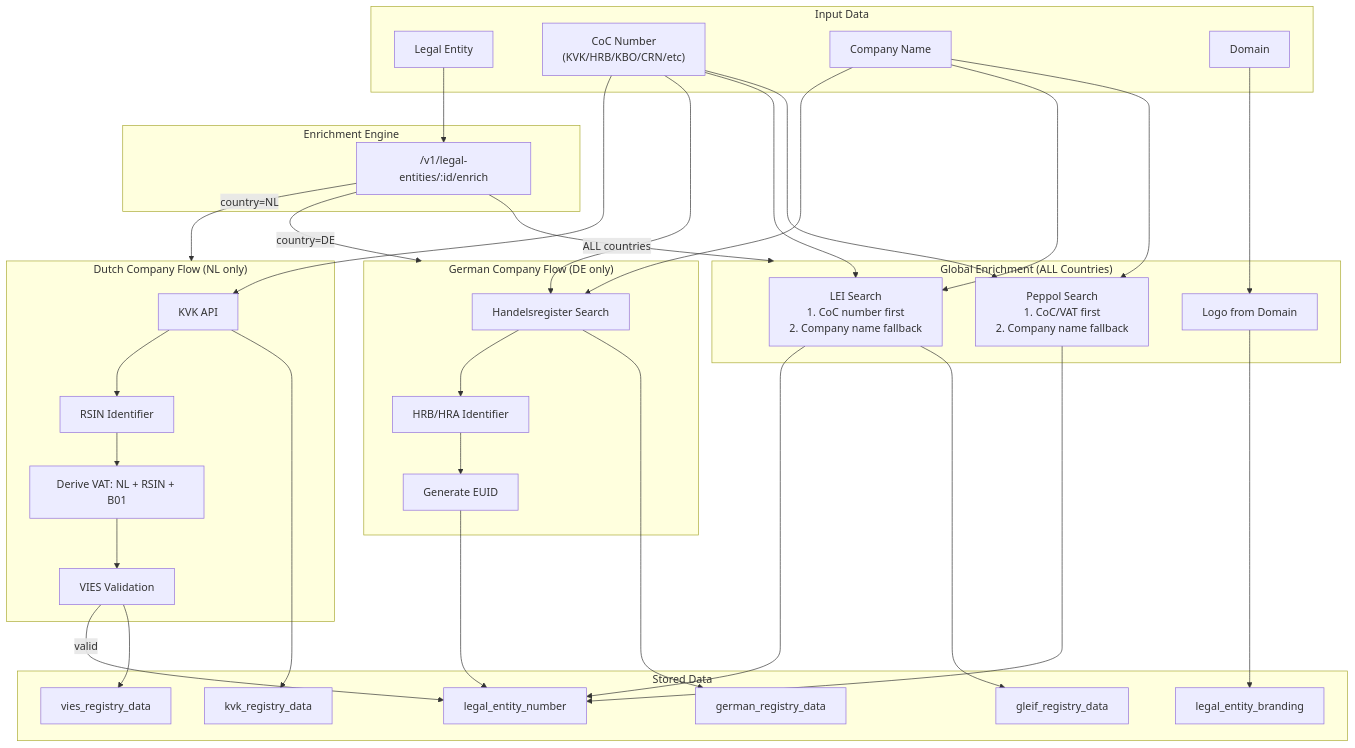
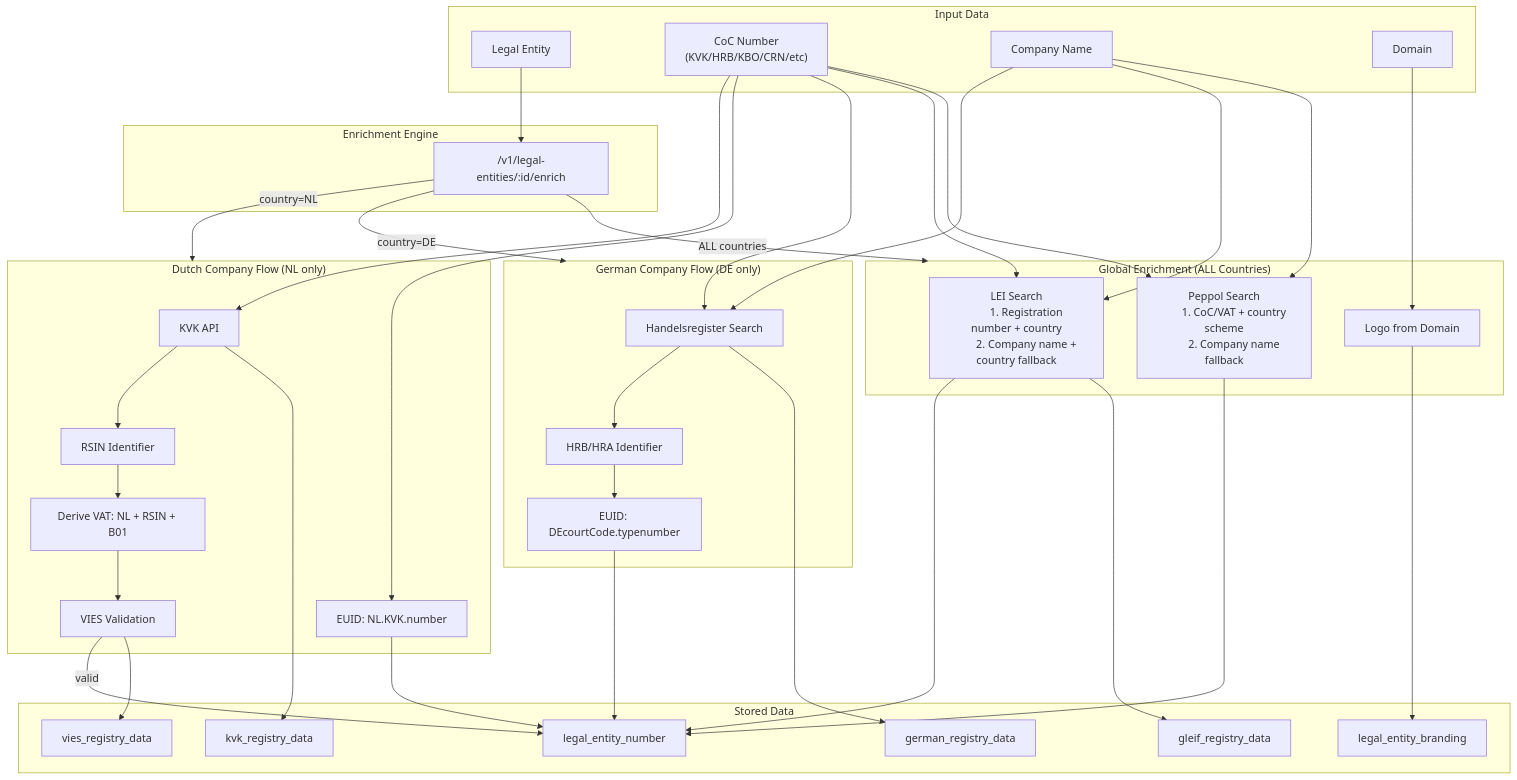
The first of 7 diagrams in docs/ENRICHMENT_ARCHITECTURE.md (DeNoronha/ctn-asr-demo), drawn with Mermaid before and after one commit. The commit also changed other lines of this file, not shown here.

Commit message:
docs: update ENRICHMENT_ARCHITECTURE.md with GLEIF search strategy and lessons learned

````diff
--- a/docs/ENRICHMENT_ARCHITECTURE.md
+++ b/docs/ENRICHMENT_ARCHITECTURE.md
@@ -21,78 +72,81 @@
 ```mermaid
 flowchart TB
     subgraph Input["Input Data"]
         LE[Legal Entity]
         COC_ID["CoC Number
         (KVK/HRB/KBO/CRN/etc)"]
         NAME[Company Name]
         DOMAIN[Domain]
     end
 
     subgraph Enrichment["Enrichment Engine"]
         ENRICH["/v1/legal-entities/:id/enrich"]
     end
 
     subgraph NL["Dutch Company Flow (NL only)"]
         KVK_API[KVK API]
         RSIN[RSIN Identifier]
         VAT_DERIVE[Derive VAT: NL + RSIN + B01]
         VIES[VIES Validation]
+        EUID_NL[EUID: NL.KVK.number]
     end
 
     subgraph DE["German Company Flow (DE only)"]
         HR_SEARCH[Handelsregister Search]
         HRB[HRB/HRA Identifier]
-        EUID_GEN[Generate EUID]
+        EUID_DE[EUID: DEcourtCode.typenumber]
     end
 
     subgraph Global["Global Enrichment (ALL Countries)"]
         LEI_SEARCH["LEI Search
-        1. CoC number first
-        2. Company name fallback"]
+        1. Registration number + country
+        2. Company name + country fallback"]
         PEPPOL_SEARCH["Peppol Search
-        1. CoC/VAT first
+        1. CoC/VAT + country scheme
         2. Company name fallback"]
         BRANDING[Logo from Domain]
     end
 
     subgraph Output["Stored Data"]
         LEN[legal_entity_number]
         KVK_DATA[kvk_registry_data]
         GLEIF_DATA[gleif_registry_data]
         VIES_DATA[vies_registry_data]
         DE_DATA[german_registry_data]
         BRAND[legal_entity_branding]
     end
 
     LE --> ENRICH
     ENRICH --> |country=NL| NL
     ENRICH --> |country=DE| DE
     ENRICH --> |ALL countries| Global
 
     COC_ID --> KVK_API
     KVK_API --> RSIN
     KVK_API --> KVK_DATA
     RSIN --> VAT_DERIVE
     VAT_DERIVE --> VIES
     VIES --> |valid| LEN
     VIES --> VIES_DATA
+    COC_ID --> EUID_NL
+    EUID_NL --> LEN
 
     COC_ID --> HR_SEARCH
     NAME --> HR_SEARCH
     HR_SEARCH --> HRB
     HR_SEARCH --> DE_DATA
-    HRB --> EUID_GEN
-    EUID_GEN --> LEN
+    HRB --> EUID_DE
+    EUID_DE --> LEN
 
     COC_ID --> LEI_SEARCH
     NAME --> LEI_SEARCH
     LEI_SEARCH --> LEN
     LEI_SEARCH --> GLEIF_DATA
 
     COC_ID --> PEPPOL_SEARCH
     NAME --> PEPPOL_SEARCH
     PEPPOL_SEARCH --> LEN
 
     DOMAIN --> BRANDING
     BRANDING --> BRAND
 ```
````
